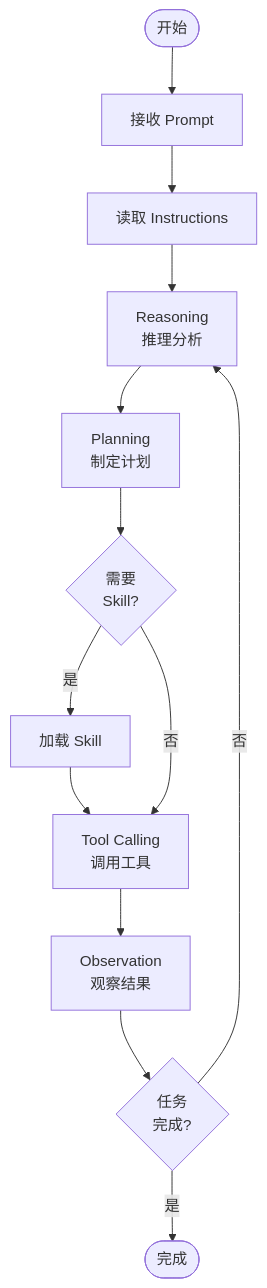
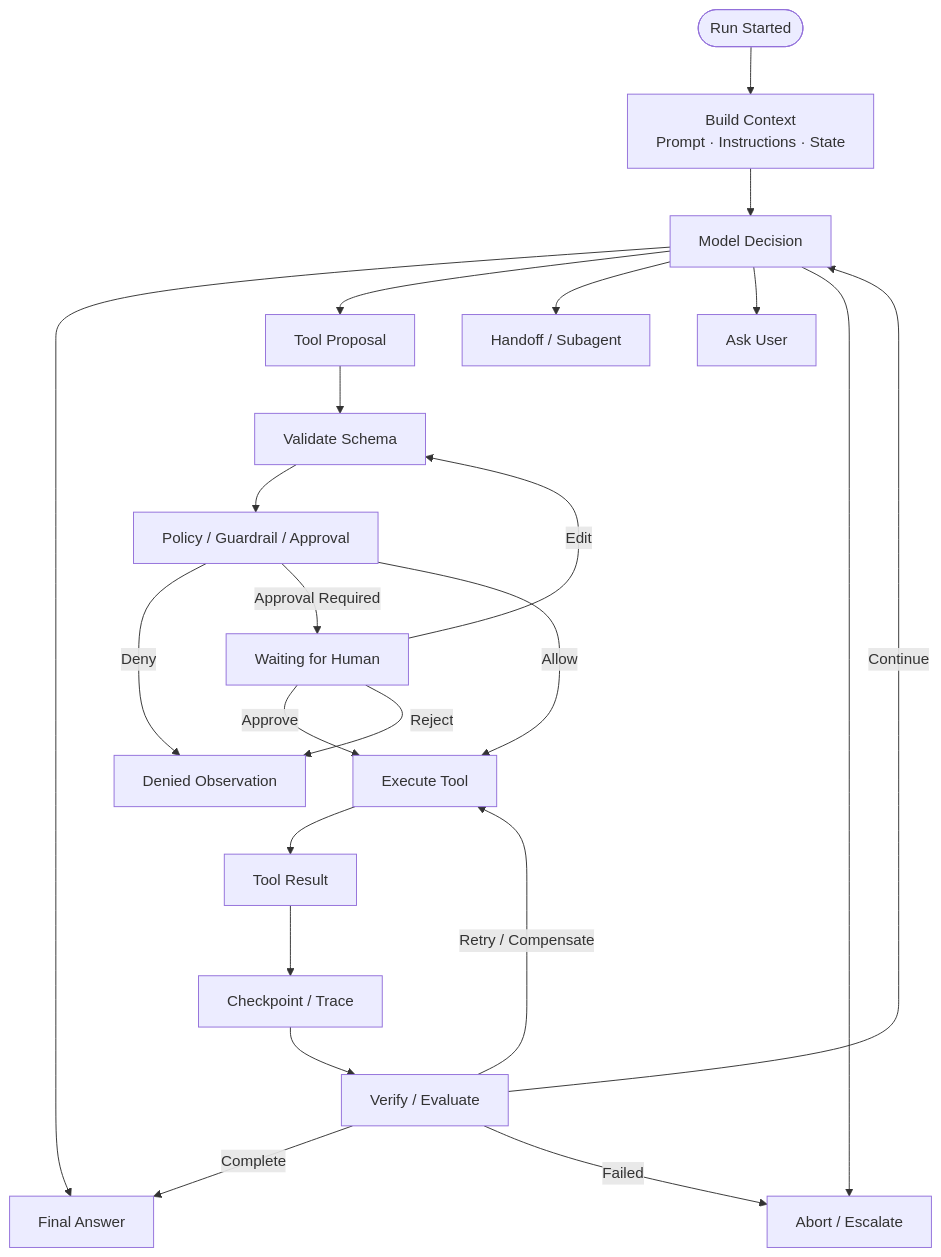
The sixth of 8 diagrams in docs/chapters/02-architecture/README.md (dollarser/modern-ai-agent-architecture), drawn with Mermaid before and after one commit. The commit also changed other lines of this file and 27 other files, not shown here.

````diff
--- a/docs/chapters/02-architecture/README.md
+++ b/docs/chapters/02-architecture/README.md
@@ -354,15 +402,25 @@
 ```mermaid
 flowchart TD
-    Start([开始]) --> Prompt[接收 Prompt]
-    Prompt --> Read[读取 Instructions]
-    Read --> Reason[Reasoning<br/>推理分析]
-    Reason --> Plan[Planning<br/>制定计划]
-    Plan --> CheckSkill{需要<br/>Skill?}
-    CheckSkill -->|是| LoadSkill[加载 Skill]
-    LoadSkill --> CallTool
-    CheckSkill -->|否| CallTool[Tool Calling<br/>调用工具]
-    CallTool --> Observe[Observation<br/>观察结果]
-    Observe --> Decide{任务<br/>完成?}
-    Decide -->|否| Reason
-    Decide -->|是| Finish([完成])
+    Start([Run Started]) --> Context[Build Context<br/>Prompt · Instructions · State]
+    Context --> Decision[Model Decision]
+    Decision --> Final[Final Answer]
+    Decision --> ToolProposal[Tool Proposal]
+    Decision --> Handoff[Handoff / Subagent]
+    Decision --> Ask[Ask User]
+    Decision --> Abort[Abort / Escalate]
+    ToolProposal --> Validate[Validate Schema]
+    Validate --> Policy[Policy / Guardrail / Approval]
+    Policy -->|Deny| Denied[Denied Observation]
+    Policy -->|Approval Required| Wait[Waiting for Human]
+    Policy -->|Allow| Execute[Execute Tool]
+    Wait -->|Approve| Execute
+    Wait -->|Edit| Validate
+    Wait -->|Reject| Denied
+    Execute --> Result[Tool Result]
+    Result --> Checkpoint[Checkpoint / Trace]
+    Checkpoint --> Verify[Verify / Evaluate]
+    Verify -->|Continue| Decision
+    Verify -->|Retry / Compensate| Execute
+    Verify -->|Complete| Final
+    Verify -->|Failed| Abort
 ```
````
